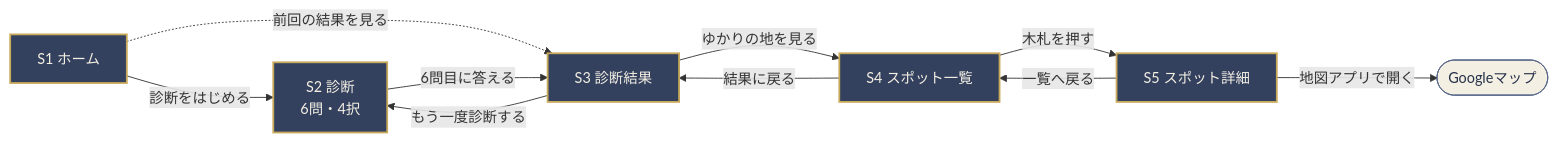
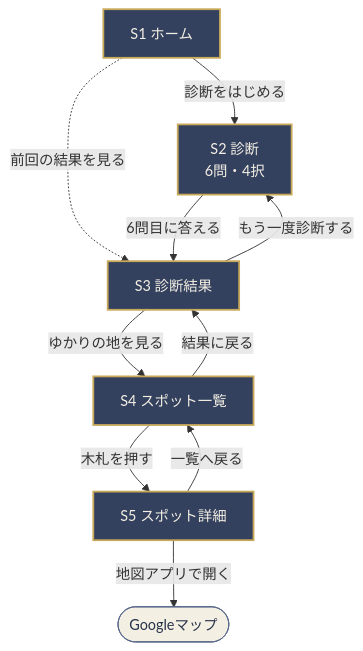
Before and after one commit to yuki566/togashi-app: the first of 2 diagrams in README.md, drawn with Mermaid.

Commit message:
READMEの画面の流れの図を縦向きにして、文字を読みやすくした
横向きだと GitHub 上で図が小さくなり、文字が読みにくかったため。

````diff
--- a/README.md
+++ b/README.md
@@ -113,24 +113,24 @@
 ```mermaid
-flowchart LR
+flowchart TB
   S1["S1 ホーム"]
   S2["S2 診断<br/>6問・4択"]
   S3["S3 診断結果"]
   S4["S4 スポット一覧"]
   S5["S5 スポット詳細"]
   MAP(["Googleマップ"])
 
   S1 -- 診断をはじめる --> S2
   S1 -. 前回の結果を見る .-> S3
   S2 -- 6問目に答える --> S3
   S3 -- もう一度診断する --> S2
   S3 -- ゆかりの地を見る --> S4
   S4 -- 結果に戻る --> S3
   S4 -- 木札を押す --> S5
   S5 -- 一覧へ戻る --> S4
   S5 -- 地図アプリで開く --> MAP
 
   classDef screen fill:#33415f,stroke:#c8a95a,stroke-width:2px,color:#f4efe3
   classDef outside fill:#f4efe3,stroke:#56668a,color:#26324a
   class S1,S2,S3,S4,S5 screen
   class MAP outside
 ```
````
